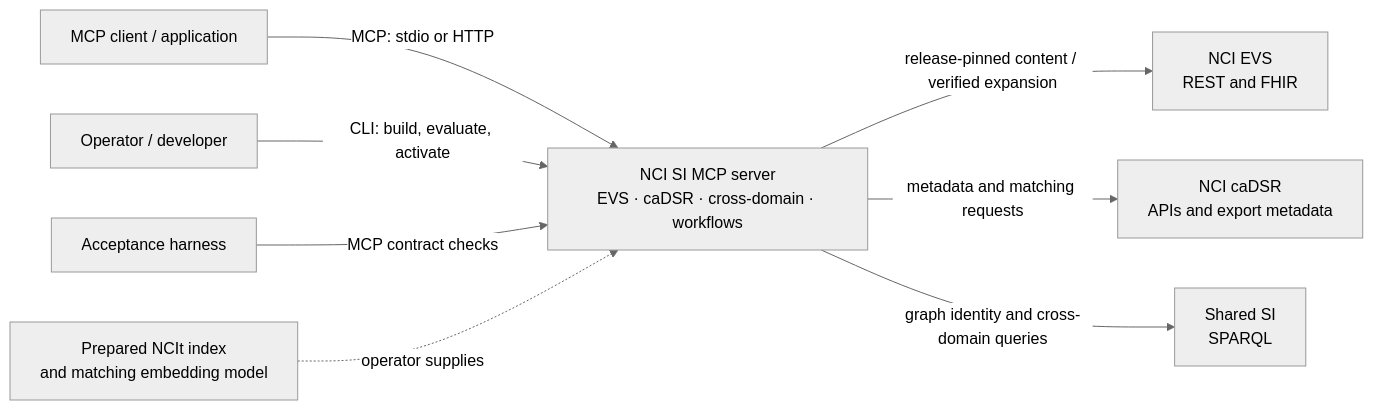
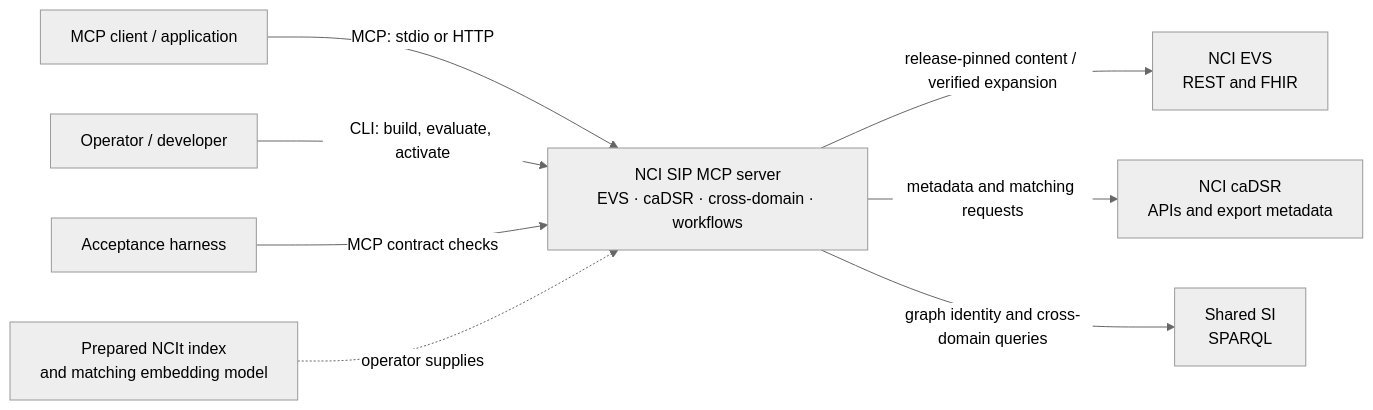
One commit to CBIIT/nci-sip-mcp changed the first of 5 diagrams in ARCHITECTURE.md. Above: the diagram before and after it, drawn with Mermaid. The commit also changed other lines of this file and 423 other files, not shown here.

First line of the commit message:
feat(identity)!: adopt the NCI SIP namespace

````diff
--- a/ARCHITECTURE.md
+++ b/ARCHITECTURE.md
@@ -59,26 +59,26 @@
 ```mermaid
 ---
 config:
   theme: neutral
   look: classic
   layout: dagre
   flowchart:
     wrappingWidth: 260
 ---
 flowchart LR
     Consumer["MCP client / application"]
     Operator["Operator / developer"]
     Suite["Acceptance harness"]
-    SI["NCI SI MCP server<br/>EVS · caDSR · cross-domain · workflows"]
+    SI["NCI SIP MCP server<br/>EVS · caDSR · cross-domain · workflows"]
     EVS["NCI EVS<br/>REST and FHIR"]
     CADSR["NCI caDSR<br/>APIs and export metadata"]
     SSIS["Shared SI<br/>SPARQL"]
     Assets["Prepared NCIt index<br/>and matching embedding model"]
     Consumer -->|"MCP: stdio or HTTP"| SI
     Operator -->|"CLI: build, evaluate, activate"| SI
     Suite -->|"MCP contract checks"| SI
     Assets -. "operator supplies" .-> SI
     SI -->|"release-pinned content / verified expansion"| EVS
     SI -->|"metadata and matching requests"| CADSR
     SI -->|"graph identity and cross-domain queries"| SSIS
 ```
````
